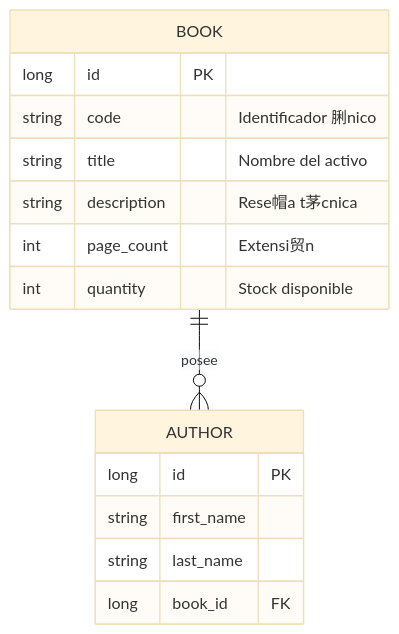
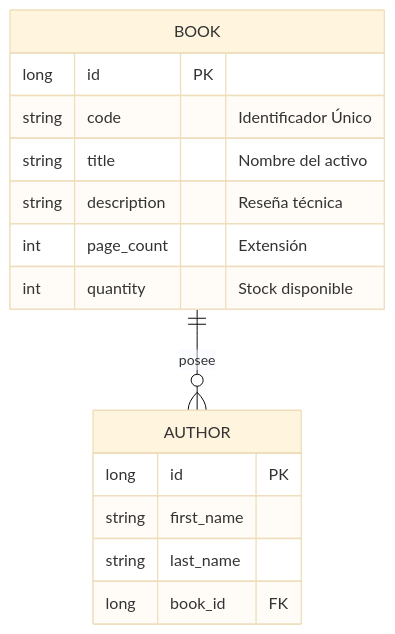
One commit to VicHZR/Sistema-de-Inventario-Libreria-CRUD changed the diagram in README.md. Above: the diagram before and after it, drawn with Mermaid (base theme). The commit also changed other lines of this file, not shown here.

````diff
--- a/README.md
+++ b/README.md
@@ -43,18 +43,18 @@
 ```mermaid
 erDiagram
     BOOK ||--o{ AUTHOR : "posee"
     BOOK {
         long id PK
-        string code "Identificador 脷nico"
+        string code "Identificador Único"
         string title "Nombre del activo"
-        string description "Rese帽a t茅cnica"
-        int page_count "Extensi贸n"
+        string description "Reseña técnica"
+        int page_count "Extensión"
         int quantity "Stock disponible"
     }
     AUTHOR {
         long id PK
         string first_name
         string last_name
         long book_id FK
     }
 ```
````
